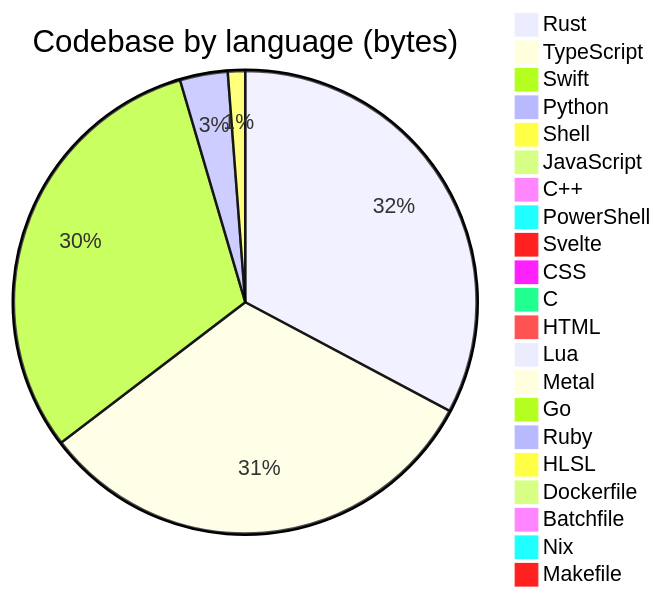
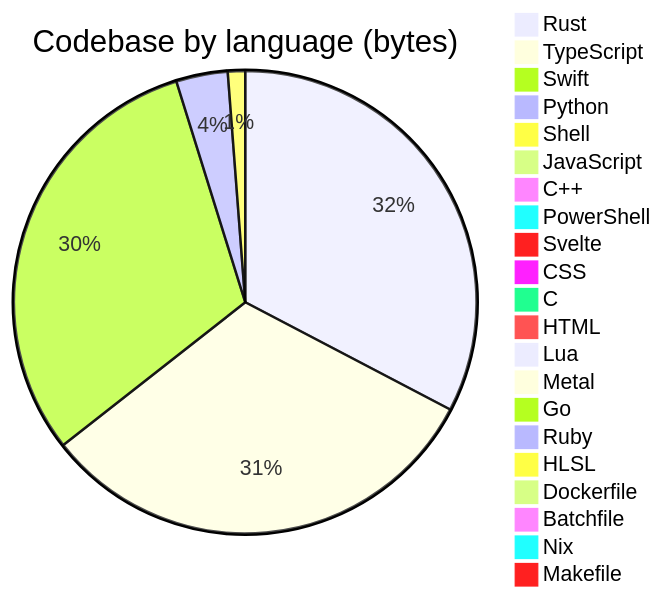
The diagram in profile/README.md (Open330/.github), drawn with Mermaid before and after one commit. The commit also changed other lines of this file and 1 other file, not shown here.

````diff
--- a/profile/README.md
+++ b/profile/README.md
@@ -138,24 +138,24 @@
 ```mermaid
 pie title Codebase by language (bytes)
     "Rust" : 37474987
     "TypeScript" : 36397615
-    "Swift" : 35241619
-    "Python" : 3814786
-    "Shell" : 1382043
+    "Swift" : 35299593
+    "Python" : 4131532
+    "Shell" : 1387616
     "JavaScript" : 677910
     "C++" : 388775
     "PowerShell" : 333788
     "Svelte" : 275766
     "CSS" : 221755
     "C" : 197825
     "HTML" : 124303
     "Lua" : 48814
     "Metal" : 33192
     "Go" : 22811
     "Ruby" : 8651
     "HLSL" : 7527
     "Dockerfile" : 6402
     "Batchfile" : 5660
     "Nix" : 3168
     "Makefile" : 1692
 ```
````
